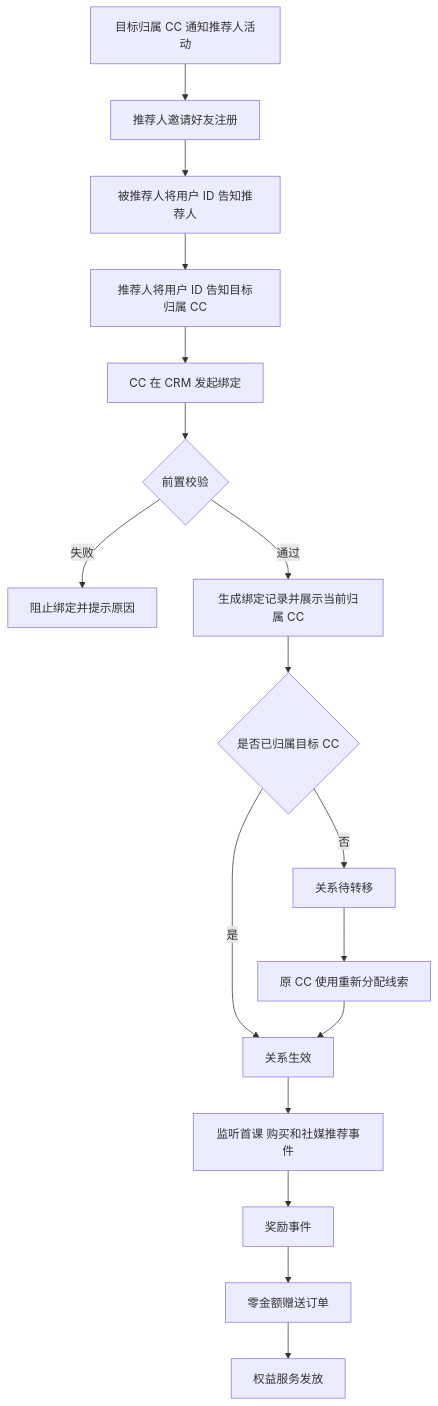
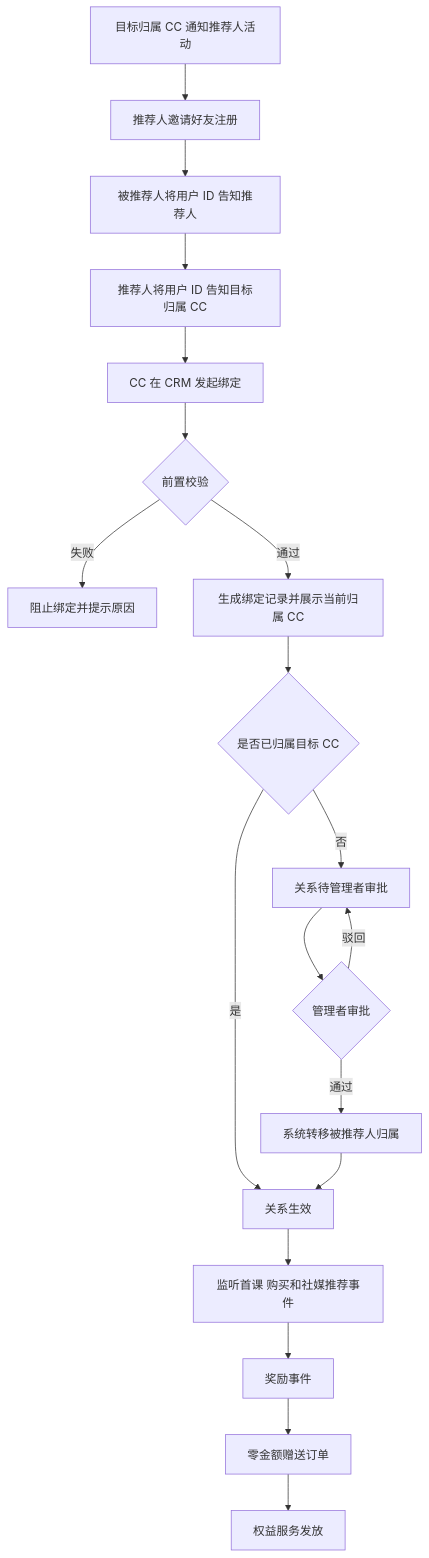
One commit to h3-ai-lab/hhhprd changed the first of 2 diagrams in projects/referral-growth-mvp/prd/PRD.md. Above: the diagram before and after it, drawn with Mermaid. The commit also changed other lines of this file and 7 other files, not shown here.

````diff
--- a/projects/referral-growth-mvp/prd/PRD.md
+++ b/projects/referral-growth-mvp/prd/PRD.md
@@ -62,19 +62,21 @@
 ```mermaid
 flowchart TD
     A[目标归属 CC 通知推荐人活动] --> B[推荐人邀请好友注册]
     B --> C[被推荐人将用户 ID 告知推荐人]
     C --> D[推荐人将用户 ID 告知目标归属 CC]
     D --> E[CC 在 CRM 发起绑定]
     E --> F{前置校验}
     F -->|失败| G[阻止绑定并提示原因]
     F -->|通过| H[生成绑定记录并展示当前归属 CC]
     H --> I{是否已归属目标 CC}
     I -->|是| J[关系生效]
-    I -->|否| K[关系待转移]
-    K --> L[原 CC 使用重新分配线索]
-    L --> J
+    I -->|否| K[关系待管理者审批]
+    K --> L{管理者审批}
+    L -->|通过| Q[系统转移被推荐人归属]
+    Q --> J
+    L -->|驳回| K
     J --> M[监听首课 购买和社媒推荐事件]
     M --> N[奖励事件]
     N --> O[零金额赠送订单]
     O --> P[权益服务发放]
 ```
````
